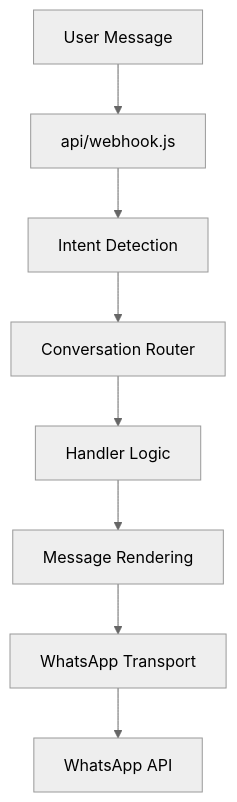
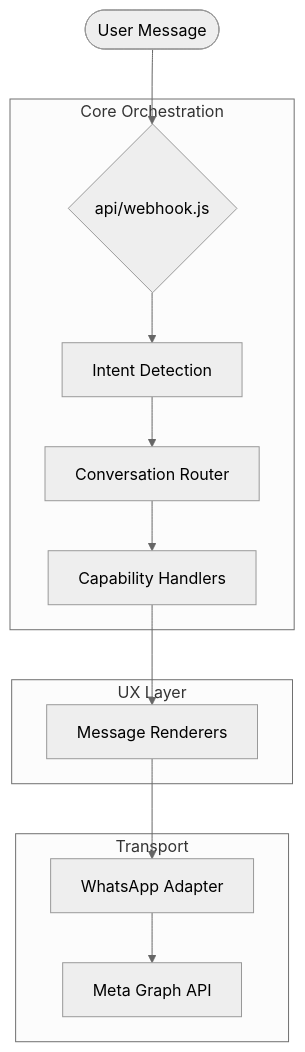
One commit to iamhashir/Customer_service_agent changed the first of 2 diagrams in docs/architecture.md. Above: the diagram before and after it, drawn with Mermaid (neutral theme). The commit also changed other lines of this file and 8 other files, not shown here.

````diff
--- a/docs/architecture.md
+++ b/docs/architecture.md
@@ -29,10 +9,19 @@
 ```mermaid
 graph TD
-    A[User Message] --> B[api/webhook.js]
-    B --> C[Intent Detection]
-    C --> D[Conversation Router]
-    D --> E[Handler Logic]
-    E --> F[Message Rendering]
-    F --> G[WhatsApp Transport]
-    G --> H[WhatsApp API]
+    User([User Message]) --> Webhook{api/webhook.js}
+    
+    subgraph Engine [Core Orchestration]
+        Webhook --> Intent[Intent Detection]
+        Intent --> Router[Conversation Router]
+        Router --> Handler[Capability Handlers]
+    end
+    
+    subgraph UI [UX Layer]
+        Handler --> Renderer[Message Renderers]
+    end
+    
+    subgraph Delivery [Transport]
+        Renderer --> Transport[WhatsApp Adapter]
+        Transport --> MetaAPI[Meta Graph API]
+    end
 ```
````
